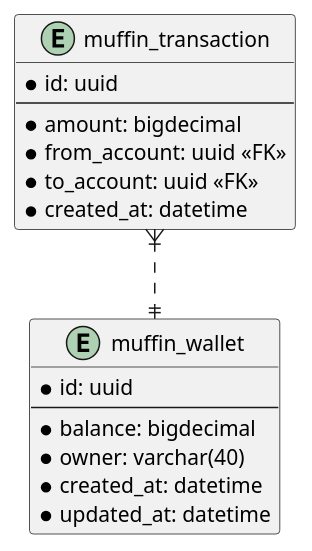
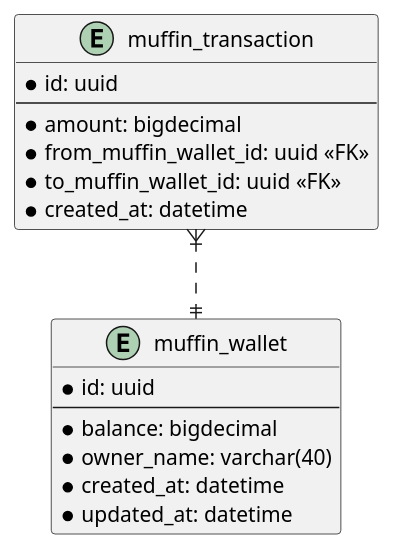
Before and after one commit to adan1lov/muffin-wallet: the first of 2 diagrams in README.md, drawn with PlantUML. The commit also changed other lines of this file and 1 other file, not shown here.

Commit message:
Create sequence diagram and openapi spec

````diff
--- a/README.md
+++ b/README.md
@@ -5,25 +5,24 @@
 ```plantuml
 @startuml E/R
 
 entity muffin_wallet {
     * id: uuid
     --
     * balance: bigdecimal
-    * owner: varchar(40)
+    * owner_name: varchar(40)
     * created_at: datetime
     * updated_at: datetime
 }
 
 entity muffin_transaction {
     * id: uuid
     --
     * amount: bigdecimal
-    * from_account: uuid <<FK>>
-    * to_account: uuid <<FK>>
+    * from_muffin_wallet_id: uuid <<FK>>
+    * to_muffin_wallet_id: uuid <<FK>>
     * created_at: datetime
 }
 
 muffin_transaction }|..|| muffin_wallet
-
 @enduml
 ```
````
